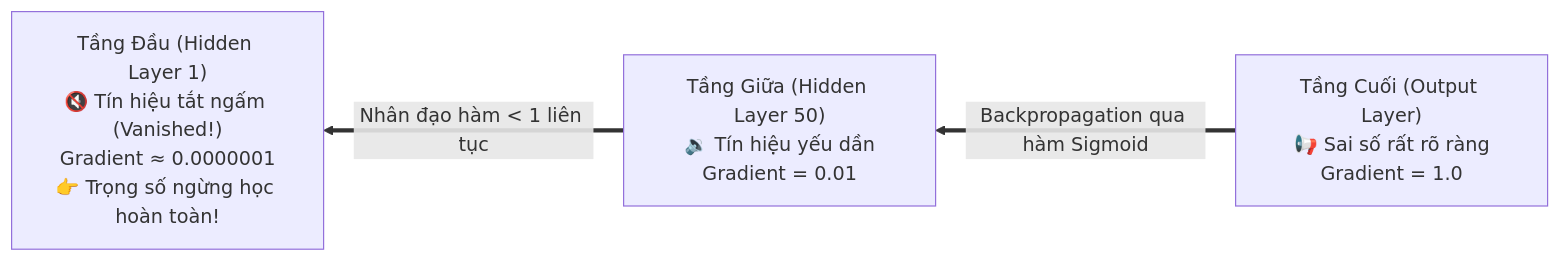
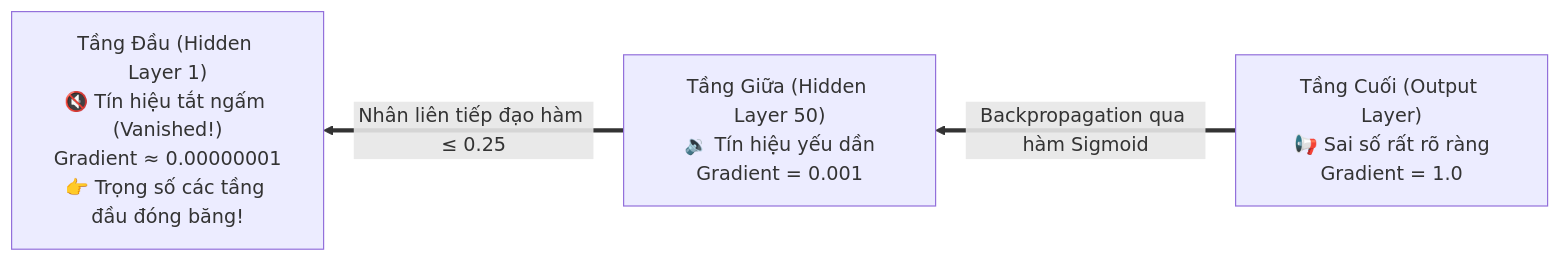
The third of 6 diagrams in Module_10_Additional_Topics.md (nxthanh2904/nca-genl), drawn with Mermaid before and after one commit. The commit also changed other lines of this file and 11 other files, not shown here.

````diff
--- a/Module_10_Additional_Topics.md
+++ b/Module_10_Additional_Topics.md
@@ -56,8 +83,8 @@
 ```mermaid
 flowchart RL
     Out["Tầng Cuối (Output Layer)<br/>📢 Sai số rất rõ ràng<br/>Gradient = 1.0"]
-    L50["Tầng Giữa (Hidden Layer 50)<br/>🔉 Tín hiệu yếu dần<br/>Gradient = 0.01"]
-    L1["Tầng Đầu (Hidden Layer 1)<br/>🔇 Tín hiệu tắt ngấm (Vanished!)<br/>Gradient ≈ 0.0000001<br/>👉 Trọng số ngừng học hoàn toàn!"]
+    L50["Tầng Giữa (Hidden Layer 50)<br/>🔉 Tín hiệu yếu dần<br/>Gradient = 0.001"]
+    L1["Tầng Đầu (Hidden Layer 1)<br/>🔇 Tín hiệu tắt ngấm (Vanished!)<br/>Gradient ≈ 0.00000001<br/>👉 Trọng số các tầng đầu đóng băng!"]
 
-    Out ==>|"Backpropagation qua hàm Sigmoid"| L50 ==>|"Nhân đạo hàm < 1 liên tục"| L1
+    Out ==>|"Backpropagation qua hàm Sigmoid"| L50 ==>|"Nhân liên tiếp đạo hàm ≤ 0.25"| L1
 ```
````
